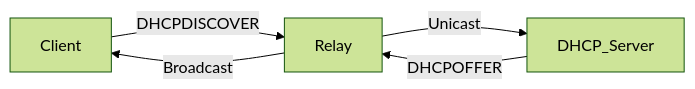
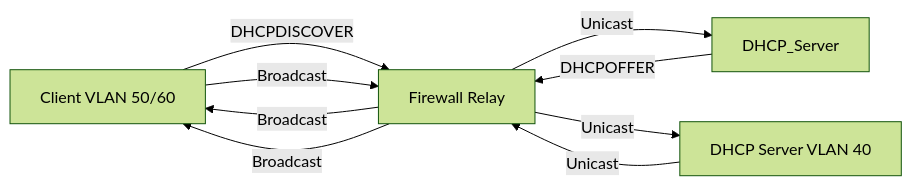
Before and after one commit to Marc-Chamorro/virtual-network-threat-detection: the diagram in docs/network-services/dhcp/design.md, drawn with Mermaid (forest theme). The commit also changed other lines of this file and 10 other files, not shown here.

````diff
--- a/docs/network-services/dhcp/design.md
+++ b/docs/network-services/dhcp/design.md
@@ -47,7 +37,12 @@
 ```mermaid
 flowchart LR
     Client -->|DHCPDISCOVER| Relay
     Relay -->|Unicast| DHCP_Server
     DHCP_Server -->|DHCPOFFER| Relay
     Relay -->|Broadcast| Client
+
+    Client[Client VLAN 50/60] -->|Broadcast| Relay[Firewall Relay]
+    Relay -->|Unicast| Server[DHCP Server VLAN 40]
+    Server -->|Unicast| Relay
+    Relay -->|Broadcast| Client
 ```
````
